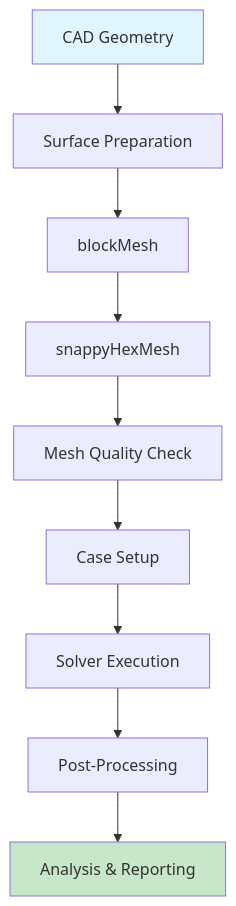
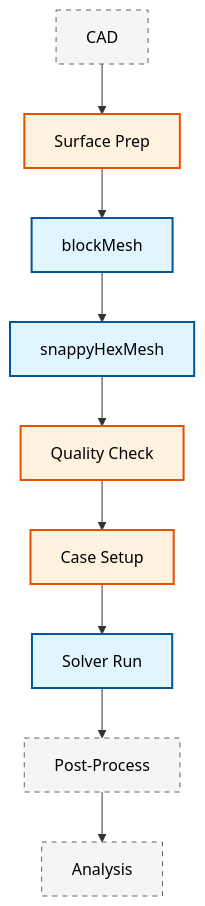
One commit to wramet/build-my-cfd changed the first of 2 diagrams in MODULE_07_UTILITIES_AUTOMATION/CONTENT/01_UTILITIES_OVERVIEW/01_Introduction.md. Above: the diagram before and after it, drawn with Mermaid. The commit also changed other lines of this file and 313 other files, not shown here.

Commit message:
Revise all diagram

````diff
--- a/MODULE_07_UTILITIES_AUTOMATION/CONTENT/01_UTILITIES_OVERVIEW/01_Introduction.md
+++ b/MODULE_07_UTILITIES_AUTOMATION/CONTENT/01_UTILITIES_OVERVIEW/01_Introduction.md
@@ -13,14 +13,14 @@
 ```mermaid
 flowchart TD
-    A[CAD Geometry] --> B[Surface Preparation]
-    B --> C[blockMesh]
-    C --> D[snappyHexMesh]
-    D --> E[Mesh Quality Check]
-    E --> F[Case Setup]
-    F --> G[Solver Execution]
-    G --> H[Post-Processing]
-    H --> I[Analysis & Reporting]
-
-    style A fill:#e1f5ff
-    style I fill:#c8e6c9
+classDef implicit fill:#e1f5fe,stroke:#01579b,stroke-width:2px,color:#000
+classDef explicit fill:#fff3e0,stroke:#e65100,stroke-width:2px,color:#000
+classDef context fill:#f5f5f5,stroke:#616161,stroke-width:1px,color:#000,stroke-dasharray: 5 5
+A[CAD]:::context --> B[Surface Prep]:::explicit
+B --> C[blockMesh]:::implicit
+C --> D[snappyHexMesh]:::implicit
+D --> E[Quality Check]:::explicit
+E --> F[Case Setup]:::explicit
+F --> G[Solver Run]:::implicit
+G --> H[Post-Process]:::context
+H --> I[Analysis]:::context
 ```
````
